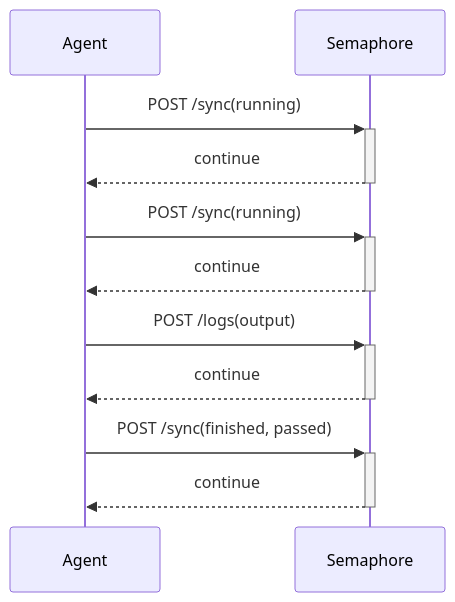
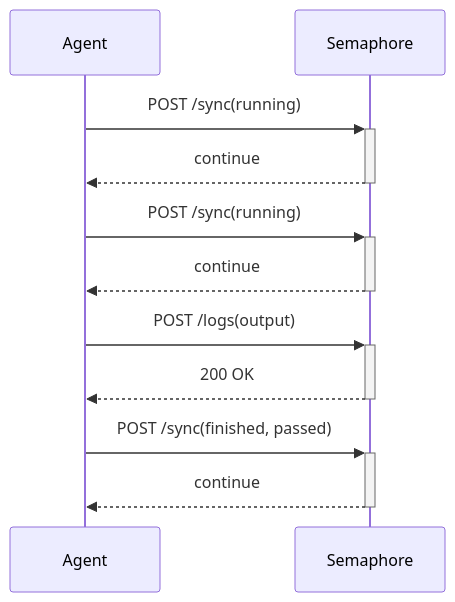
The fifth of 6 diagrams in docs/docs/using-semaphore/self-hosted.md (semaphoreci/semaphore), drawn with Mermaid before and after one commit. The commit also changed other lines of this file and 2 other files, not shown here.

Commit message:
Make corrections on self-hosted agent docs

````diff
--- a/docs/docs/using-semaphore/self-hosted.md
+++ b/docs/docs/using-semaphore/self-hosted.md
@@ -96,11 +98,11 @@
 ```mermaid
 sequenceDiagram
     Agent->>+Semaphore: POST /sync(running)
     Semaphore-->>-Agent: continue
     Agent->>+Semaphore: POST /sync(running)
     Semaphore-->>-Agent: continue
     Agent->>+Semaphore: POST /logs(output)
-    Semaphore-->>-Agent: continue
+    Semaphore-->>-Agent: 200 OK
     Agent->>+Semaphore: POST /sync(finished, passed)
     Semaphore-->>-Agent: continue
 ```
````
